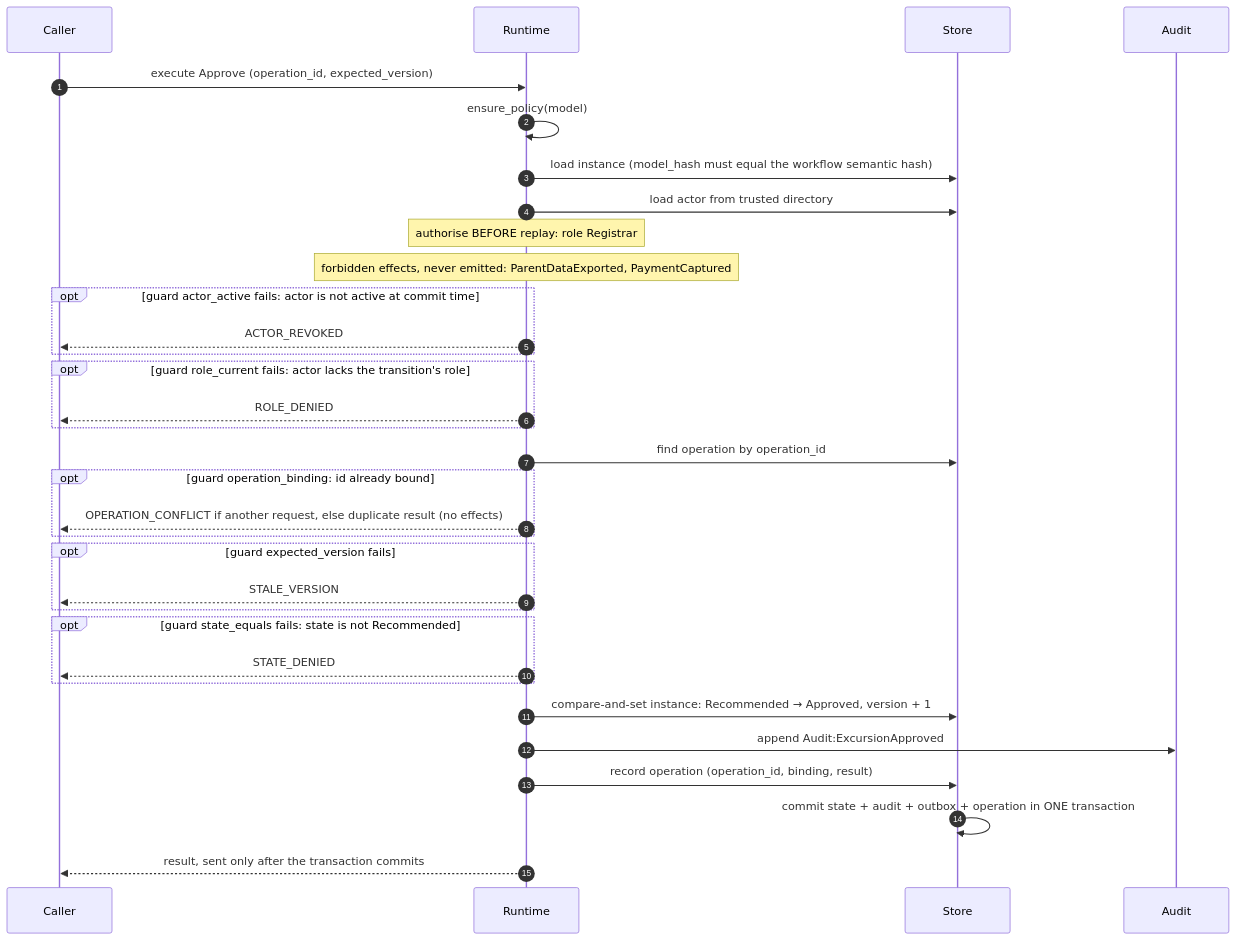
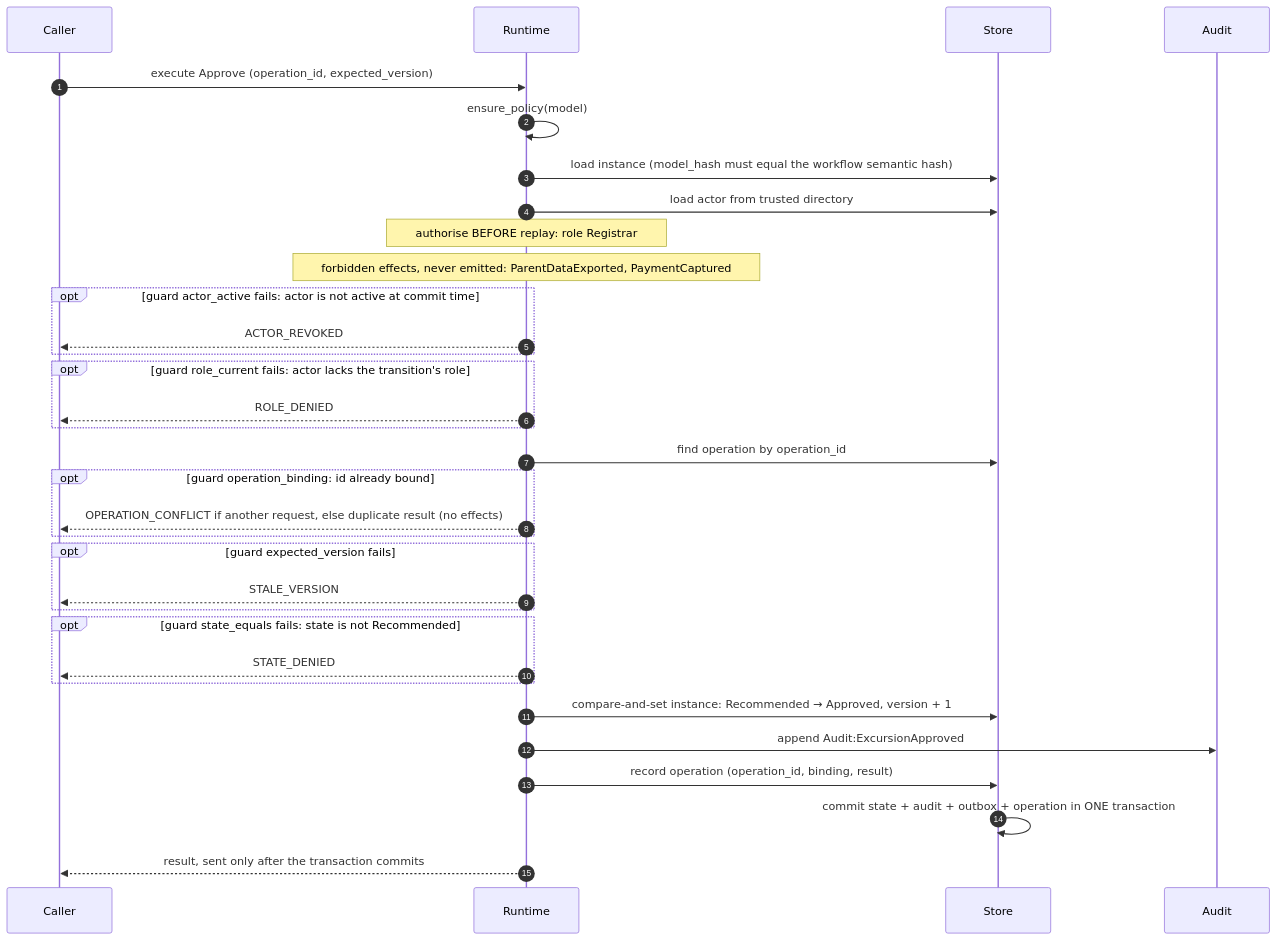
Before and after one commit to 45ck/eija-studio: the diagram in docs/diagrams/sequence-approve.md, drawn with Mermaid. The commit also changed 37 other files, not shown here.

````diff
--- a/docs/diagrams/sequence-approve.md
+++ b/docs/diagrams/sequence-approve.md
@@ -6,36 +6,36 @@
 ```mermaid
 %% eija: workflow: workflow excursion semantic_hash=b26c9af5ae4cd958099956232721a70e73cb7e6efe1b213ff32417829b588e56
 sequenceDiagram
     autonumber
     participant Caller
     participant Runtime
     participant Store
     participant Audit
     Caller->>Runtime: execute Approve (operation_id, expected_version)
     Runtime->>Runtime: ensure_policy(model)
     Runtime->>Store: load instance (model_hash must equal the workflow semantic hash)
     Runtime->>Store: load actor from trusted directory
-    Note over Runtime: authorise BEFORE replay: role Registrar
-    Note over Runtime: forbidden effects, never emitted: ParentDataExported, PaymentCaptured
-    opt guard actor_active fails: actor is not active at commit time
+    Note over Runtime: authorise BEFORE replay#58; role Registrar
+    Note over Runtime: forbidden effects, never emitted#58; ParentDataExported, PaymentCaptured
+    opt guard actor_active fails#58; actor is not active at commit time
         Runtime-->>Caller: ACTOR_REVOKED
     end
-    opt guard role_current fails: actor lacks the transition's role
+    opt guard role_current fails#58; actor lacks the transition's role
         Runtime-->>Caller: ROLE_DENIED
     end
     Runtime->>Store: find operation by operation_id
-    opt guard operation_binding: id already bound
+    opt guard operation_binding#58; id already bound
         Runtime-->>Caller: OPERATION_CONFLICT if another request, else duplicate result (no effects)
     end
     opt guard expected_version fails
         Runtime-->>Caller: STALE_VERSION
     end
-    opt guard state_equals fails: state is not Recommended
+    opt guard state_equals fails#58; state is not Recommended
         Runtime-->>Caller: STATE_DENIED
     end
-    Runtime->>Store: compare-and-set instance: Recommended → Approved, version + 1
-    Runtime->>Audit: append Audit:ExcursionApproved
+    Runtime->>Store: compare-and-set instance#58; Recommended → Approved, version + 1
+    Runtime->>Audit: append Audit#58;ExcursionApproved
     Runtime->>Store: record operation (operation_id, binding, result)
     Store->>Store: commit state + audit + outbox + operation in ONE transaction
     Runtime-->>Caller: result, sent only after the transaction commits
 ```
````
